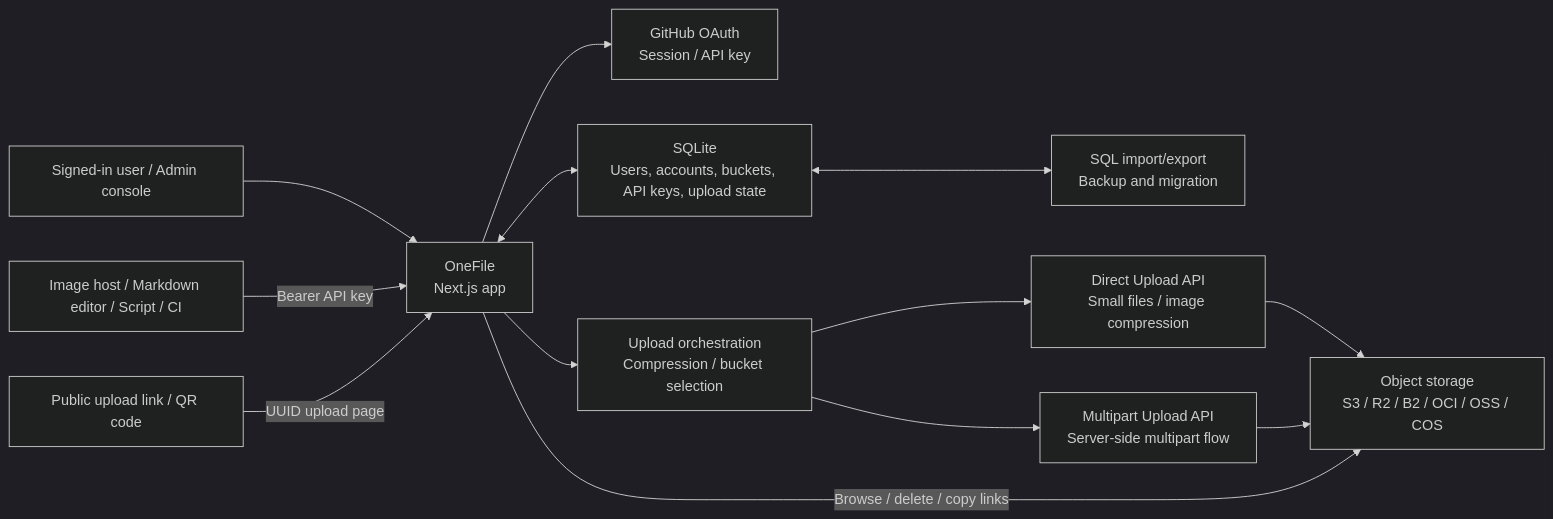
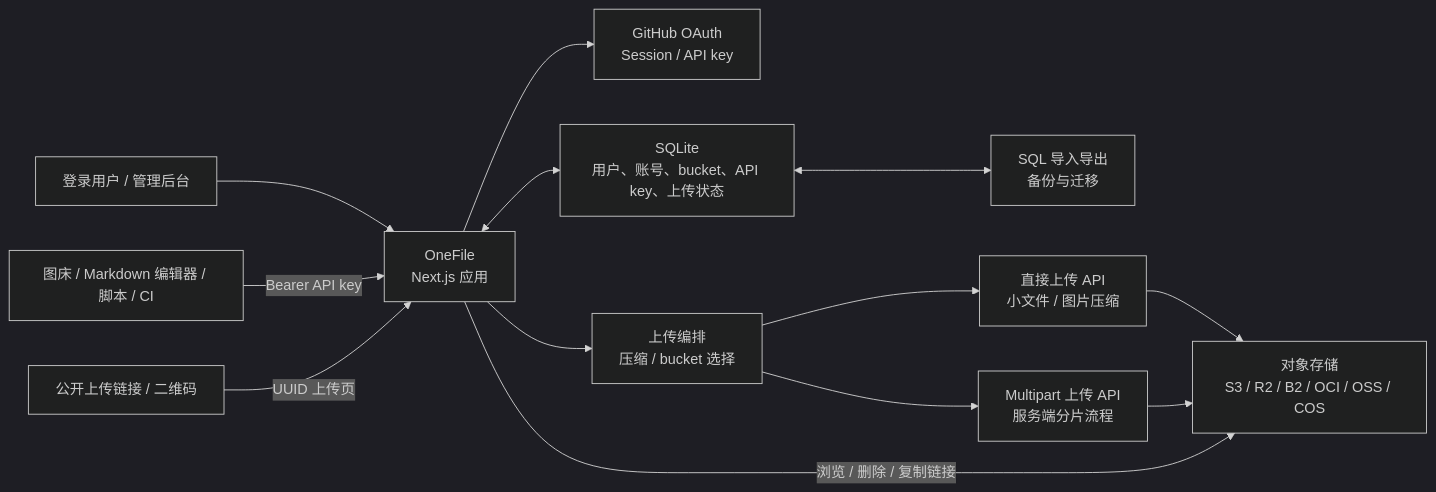
One commit to zhihui-hu/one-file changed the diagram in README.md. Above: the diagram before and after it, drawn with Mermaid (dark theme). The commit also changed other lines of this file and 29 other files, not shown here.

````diff
--- a/README.md
+++ b/README.md
@@ -119,33 +125,33 @@
 ```mermaid
 flowchart LR
-  user["Signed-in user / Admin console"]
-  tools["Image host / Markdown editor / Script / CI"]
-  public["Public upload link / QR code"]
+  user["登录用户 / 管理后台"]
+  tools["图床 / Markdown 编辑器 / 脚本 / CI"]
+  public["公开上传链接 / 二维码"]
 
-  app["OneFile<br/>Next.js app"]
+  app["OneFile<br/>Next.js 应用"]
   auth["GitHub OAuth<br/>Session / API key"]
-  db["SQLite<br/>Users, accounts, buckets, API keys, upload state"]
-  backup["SQL import/export<br/>Backup and migration"]
+  db["SQLite<br/>用户、账号、bucket、API key、上传状态"]
+  backup["SQL 导入导出<br/>备份与迁移"]
 
-  scheduler["Upload orchestration<br/>Compression / bucket selection"]
-  single["Direct Upload API<br/>Small files / image compression"]
-  multipart["Multipart Upload API<br/>Server-side multipart flow"]
+  scheduler["上传编排<br/>压缩 / bucket 选择"]
+  single["直接上传 API<br/>小文件 / 图片压缩"]
+  multipart["Multipart 上传 API<br/>服务端分片流程"]
 
-  storage["Object storage<br/>S3 / R2 / B2 / OCI / OSS / COS"]
+  storage["对象存储<br/>S3 / R2 / B2 / OCI / OSS / COS"]
 
   user --> app
   tools -->|"Bearer API key"| app
-  public -->|"UUID upload page"| app
+  public -->|"UUID 上传页"| app
 
   app --> auth
   app <--> db
   db <--> backup
   app --> scheduler
 
   scheduler --> single
   scheduler --> multipart
   single --> storage
   multipart --> storage
 
-  app -->|"Browse / delete / copy links"| storage
+  app -->|"浏览 / 删除 / 复制链接"| storage
 ```
````
